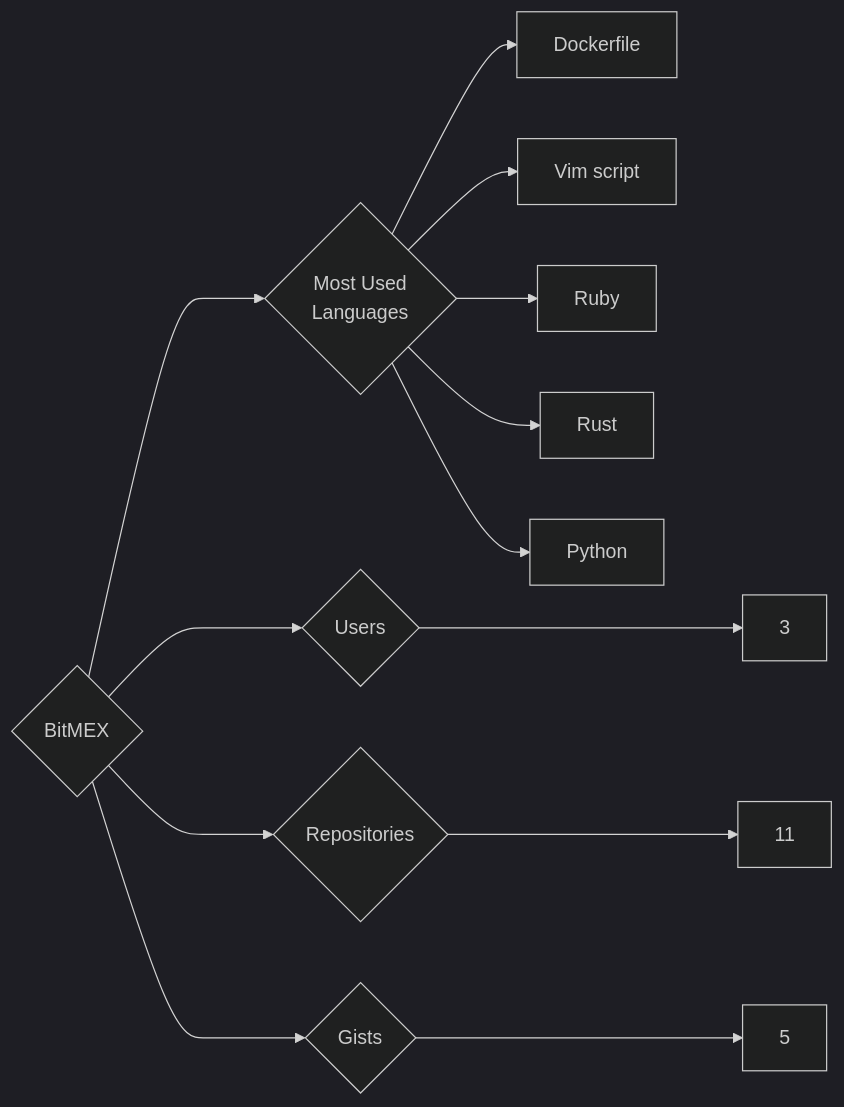
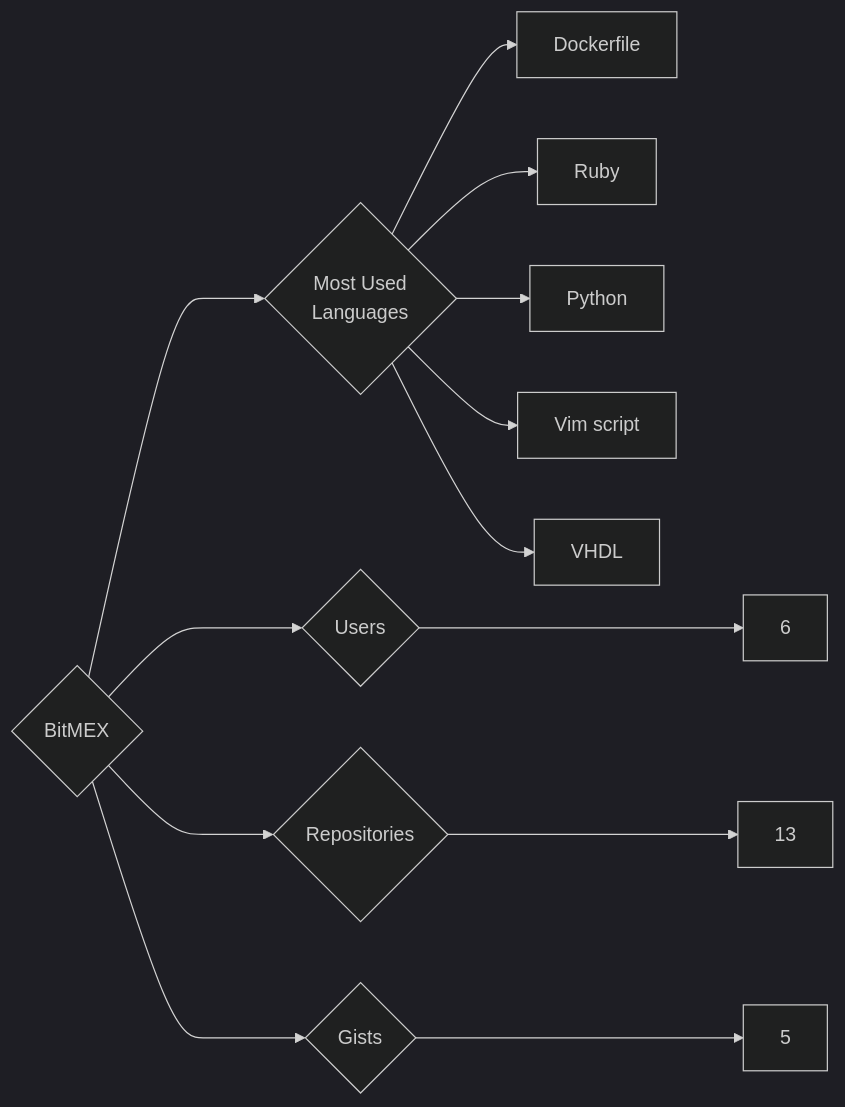
One commit to trickest/insiders changed the diagram in targets/BitMEX/README.md. Above: the diagram before and after it, drawn with Mermaid (dark theme). The commit also changed 874 other files, not shown here.

````diff
--- a/targets/BitMEX/README.md
+++ b/targets/BitMEX/README.md
@@ -3,13 +3,13 @@
 ```mermaid
 graph LR
 COMPANY_NAME{BitMEX}
-COMPANY_NAME ---> U{Users} ---> UN[3]
-COMPANY_NAME ---> R{Repositories} ---> RN[11]
+COMPANY_NAME ---> U{Users} ---> UN[6]
+COMPANY_NAME ---> R{Repositories} ---> RN[13]
 COMPANY_NAME ---> G{Gists} ---> GN[5]
 COMPANY_NAME ---> ML{Most Used<br>Languages}
 ML --> Dockerfile[Dockerfile]
+ML --> Ruby[Ruby]
+ML --> Python[Python]
 ML --> Vim_script[Vim script]
-ML --> Ruby[Ruby]
-ML --> Rust[Rust]
-ML --> Python[Python]
+ML --> VHDL[VHDL]
 ```
````
